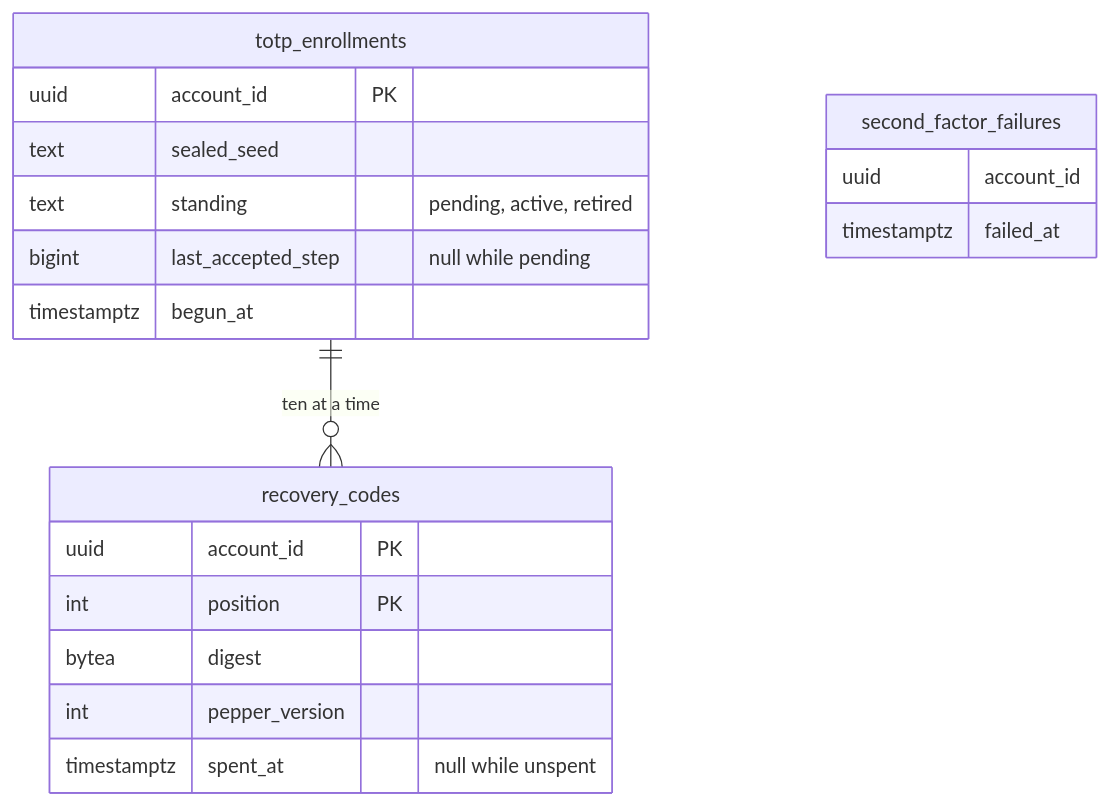
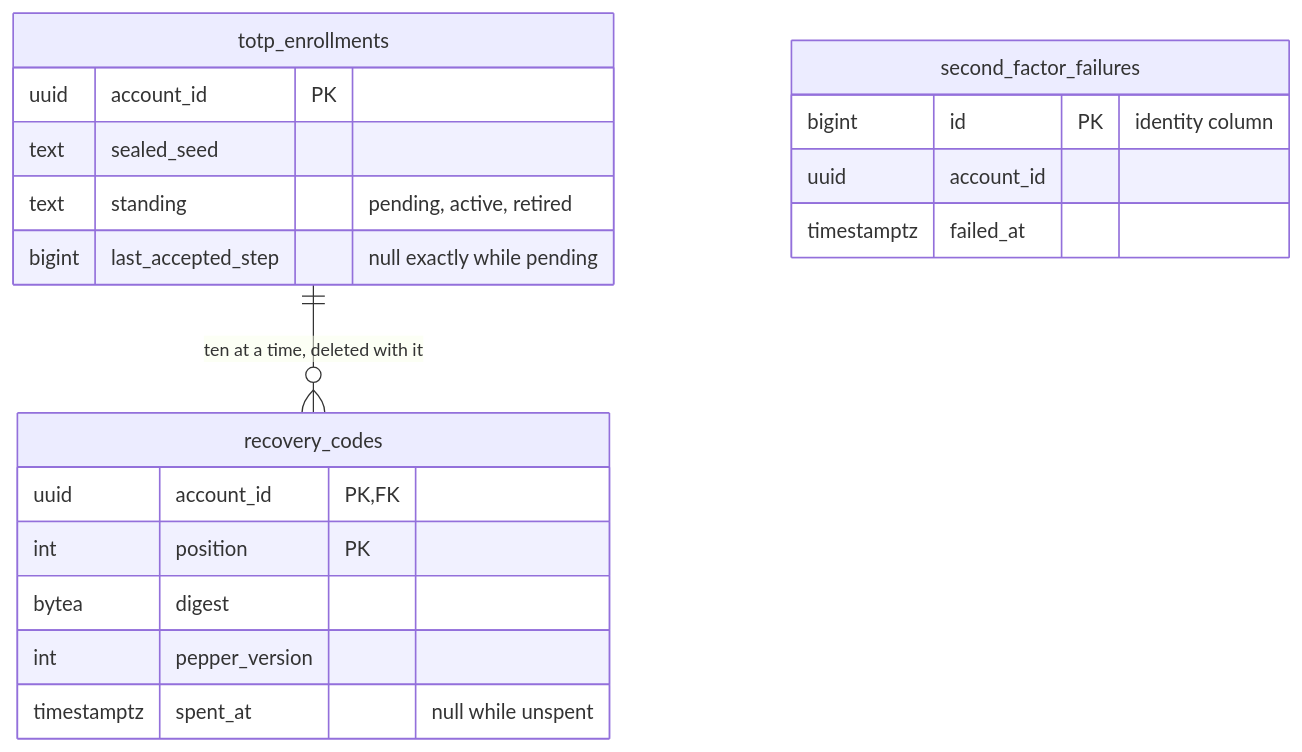
Before and after one commit to yuriisurzhykov/Tallyvane: the sixth of 6 diagrams in docs/backend/03-authentication-slice-5b-totp.md, drawn with Mermaid. The commit also changed other lines of this file and 3 other files, not shown here.

````diff
--- a/docs/backend/03-authentication-slice-5b-totp.md
+++ b/docs/backend/03-authentication-slice-5b-totp.md
@@ -307,22 +313,22 @@
 ```mermaid
 erDiagram
     totp_enrollments {
         uuid account_id PK
         text sealed_seed
         text standing "pending, active, retired"
-        bigint last_accepted_step "null while pending"
-        timestamptz begun_at
+        bigint last_accepted_step "null exactly while pending"
     }
     recovery_codes {
-        uuid account_id PK
+        uuid account_id PK, FK
         int position PK
         bytea digest
         int pepper_version
         timestamptz spent_at "null while unspent"
     }
     second_factor_failures {
+        bigint id PK "identity column"
         uuid account_id
         timestamptz failed_at
     }
-    totp_enrollments ||--o{ recovery_codes : "ten at a time"
+    totp_enrollments ||--o{ recovery_codes : "ten at a time, deleted with it"
 ```
````
